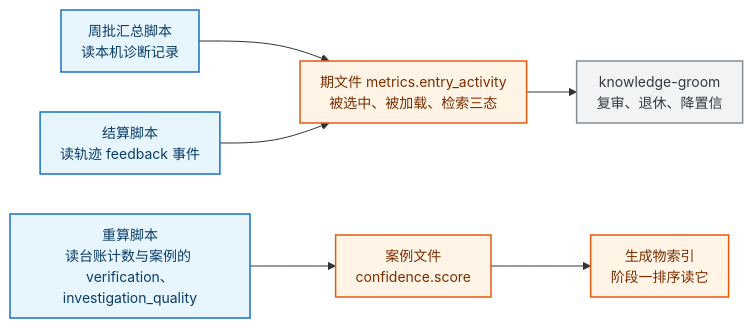
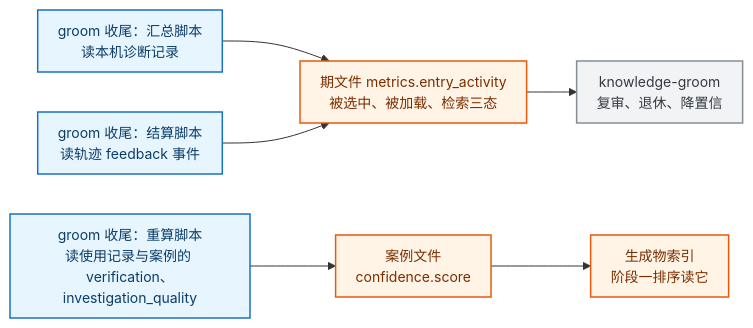
One commit to Bowen-Leee/ascend-sleuth changed the third of 4 diagrams in docs/mechanism/diagnosis-observability.md. Above: the diagram before and after it, drawn with Mermaid. The commit also changed other lines of this file and 1 other file, not shown here.

First line of the commit message:
docs(机制): 以 groom 视角写触发、去掉周批与台账等黑话

````diff
--- a/docs/mechanism/diagnosis-observability.md
+++ b/docs/mechanism/diagnosis-observability.md
@@ -188,16 +197,16 @@
 ```mermaid
 %%{init: {'themeVariables':{'fontSize':'14px'},'flowchart':{'curve':'basis','nodeSpacing':40,'rankSpacing':50,'padding':10}}}%%
 flowchart LR
-    A["周批汇总脚本<br/>读本机诊断记录"] --> L["期文件 metrics.entry_activity<br/>被选中、被加载、检索三态"]
-    B["结算脚本<br/>读轨迹 feedback 事件"] --> L
-    C["重算脚本<br/>读台账计数与案例的 verification、investigation_quality"] --> S["案例文件<br/>confidence.score"]
+    A["groom 收尾：汇总脚本<br/>读本机诊断记录"] --> L["期文件 metrics.entry_activity<br/>被选中、被加载、检索三态"]
+    B["groom 收尾：结算脚本<br/>读轨迹 feedback 事件"] --> L
+    C["groom 收尾：重算脚本<br/>读使用记录与案例的 verification、investigation_quality"] --> S["案例文件<br/>confidence.score"]
     S --> I["生成物索引<br/>阶段一排序读它"]
     L --> G["knowledge-groom<br/>复审、退休、降置信"]
 
     classDef w fill:#e7f5ff,stroke:#1971c2,stroke-width:1.5px,color:#0b3d66
     classDef f fill:#fff4e6,stroke:#e8590c,stroke-width:1.5px,color:#7a2e00
     classDef c fill:#f1f3f5,stroke:#868e96,stroke-width:1.5px,color:#343a40
     class A,B,C w
     class L,S,I f
     class G c
 ```
````
